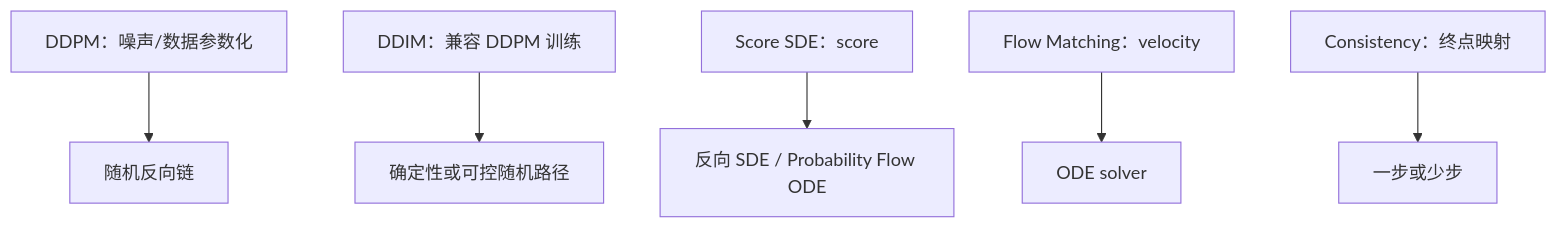
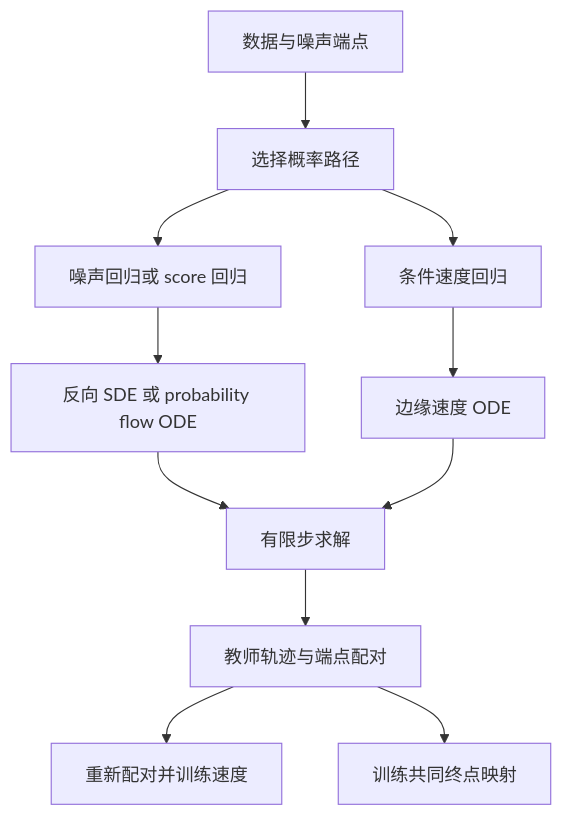
One commit to Charles2530/Charles-AI-notes changed the diagram in files/diffusion/flow-matching-and-rectified-flow.md. Above: the diagram before and after it, drawn with Mermaid. The commit also changed other lines of this file and 954 other files, not shown here.

````diff
--- a/files/diffusion/flow-matching-and-rectified-flow.md
+++ b/files/diffusion/flow-matching-and-rectified-flow.md
@@ -128,9 +120,14 @@
 ```mermaid
 %% diffusion-method-coordinate-map
-flowchart TB
-  DDPM[DDPM：噪声/数据参数化] --> DDPMS[随机反向链]
-  DDIM[DDIM：兼容 DDPM 训练] --> DDIMS[确定性或可控随机路径]
-  SCORE[Score SDE：score] --> SDES[反向 SDE / Probability Flow ODE]
-  FLOW[Flow Matching：velocity] --> FLOWS[ODE solver]
-  CONS[Consistency：终点映射] --> CONSS[一步或少步]
+flowchart TD
+  Data[数据与噪声端点] --> Path[选择概率路径]
+  Path --> Score[噪声回归或 score 回归]
+  Path --> Velocity[条件速度回归]
+  Score --> PF[反向 SDE 或 probability flow ODE]
+  Velocity --> Flow[边缘速度 ODE]
+  PF --> Solver[有限步求解]
+  Flow --> Solver
+  Solver --> Traj[教师轨迹与端点配对]
+  Traj --> Reflow[重新配对并训练速度]
+  Traj --> Consistency[训练共同终点映射]
 ```
````
